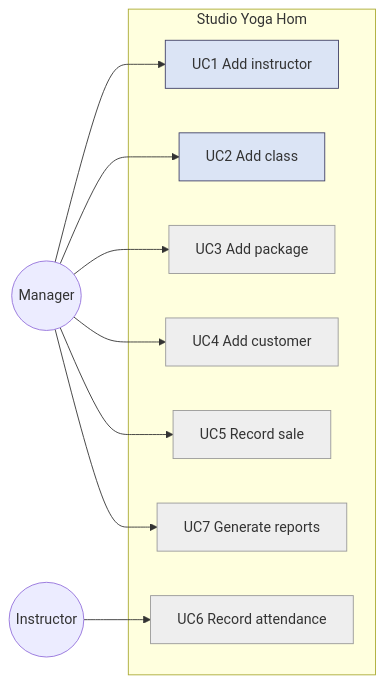
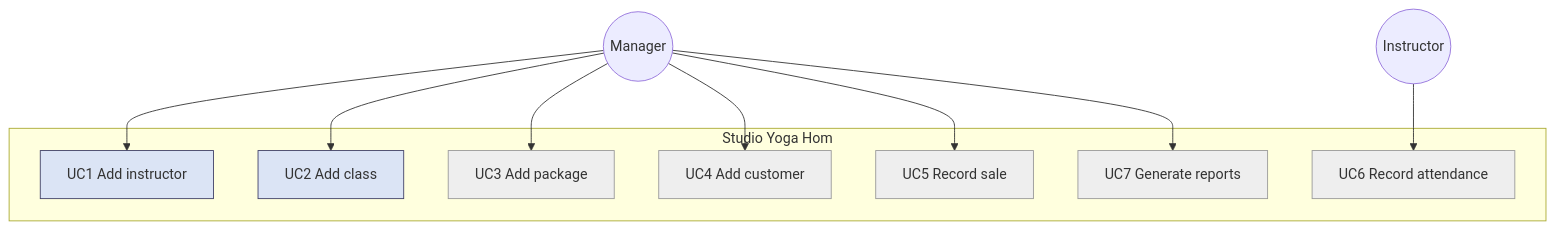
Before and after one commit to lindseychoi/yoga-hom-project-lchoi: the second of 6 diagrams in docs/PROJECT_REPORT.md, drawn with Mermaid. The commit also changed other lines of this file and 39 other files, not shown here.

````diff
--- a/docs/PROJECT_REPORT.md
+++ b/docs/PROJECT_REPORT.md
@@ -143,25 +129,25 @@
 ```mermaid
-graph LR
+graph TB
     Manager(("Manager"))
     Instructor(("Instructor"))
     subgraph App["Studio Yoga Hom"]
         UC1["UC1 Add instructor"]
         UC2["UC2 Add class"]
         UC3["UC3 Add package"]
         UC4["UC4 Add customer"]
         UC5["UC5 Record sale"]
         UC6["UC6 Record attendance"]
         UC7["UC7 Generate reports"]
     end
     Manager --> UC1
     Manager --> UC2
     Manager --> UC3
     Manager --> UC4
     Manager --> UC5
     Manager --> UC7
     Instructor --> UC6
     classDef done fill:#dbe4f5,stroke:#404067
     classDef planned fill:#eeeeee,stroke:#999999
     class UC1,UC2 done
     class UC3,UC4,UC5,UC6,UC7 planned
 ```
````
